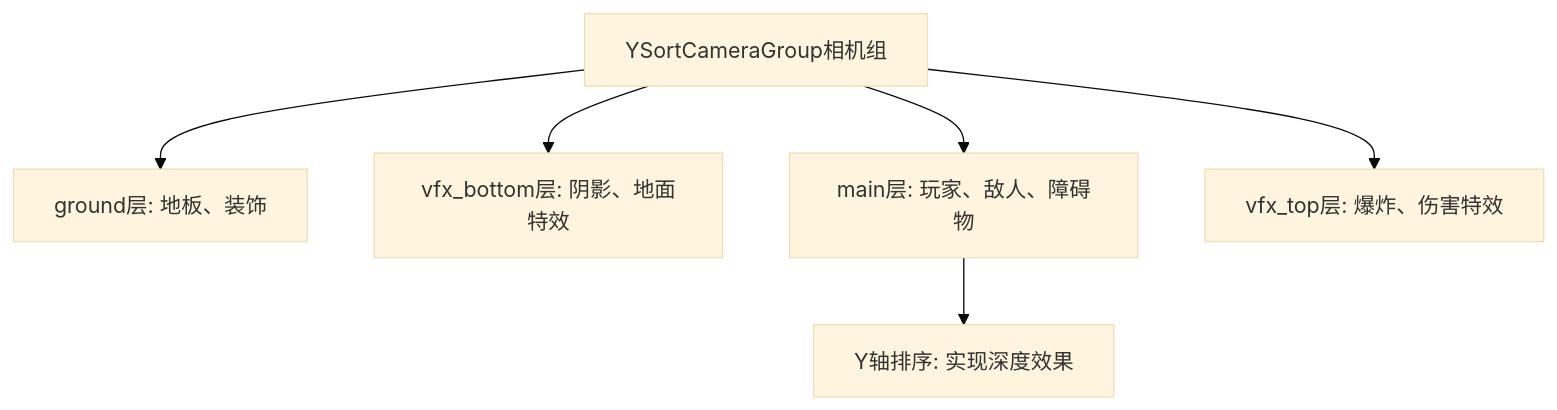
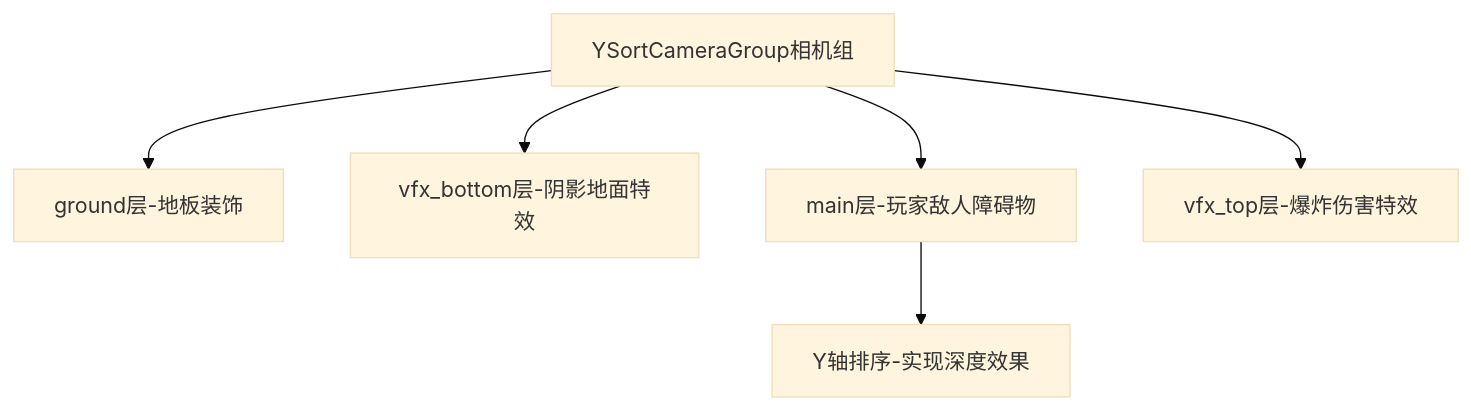
Before and after one commit to jornorrn/My-game: the fourth of 4 diagrams in 课设报告.md, drawn with Mermaid (base theme). The commit also changed other lines of this file, not shown here.

Commit message:
修复这些 Mermaid 图表的语法问题

````diff
--- a/课设报告.md
+++ b/课设报告.md
@@ -274,9 +273,9 @@
 ```mermaid
 graph TD
-    Camera["YSortCameraGroup相机组"] --> Ground["ground层: 地板、装饰"]
-    Camera --> VFXBottom["vfx_bottom层: 阴影、地面特效"]
-    Camera --> Main["main层: 玩家、敌人、障碍物"]
-    Camera --> VFXTop["vfx_top层: 爆炸、伤害特效"]
+    Camera["YSortCameraGroup相机组"] --> Ground["ground层-地板装饰"]
+    Camera --> VFXBottom["vfx_bottom层-阴影地面特效"]
+    Camera --> Main["main层-玩家敌人障碍物"]
+    Camera --> VFXTop["vfx_top层-爆炸伤害特效"]
     
-    Main --> YSort["Y轴排序: 实现深度效果"]
+    Main --> YSort["Y轴排序-实现深度效果"]
 ```
````
